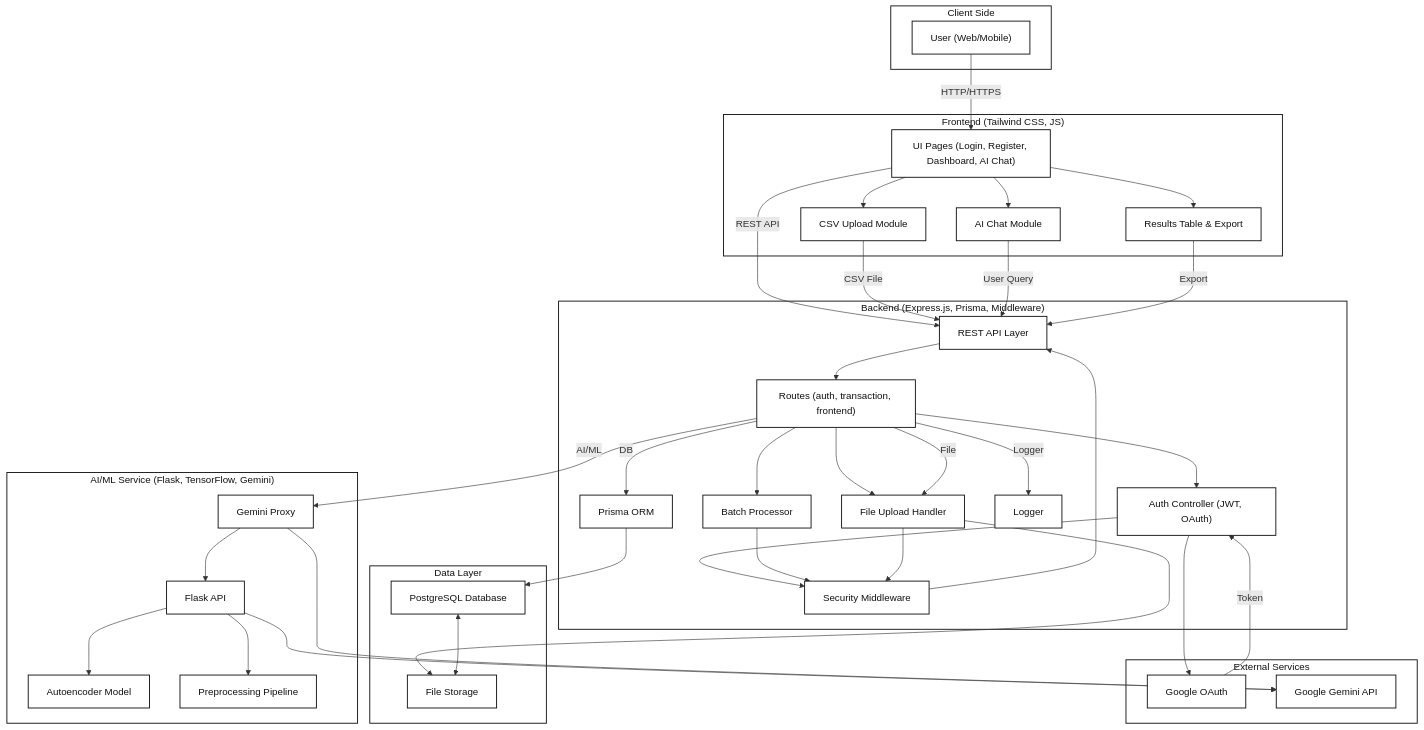
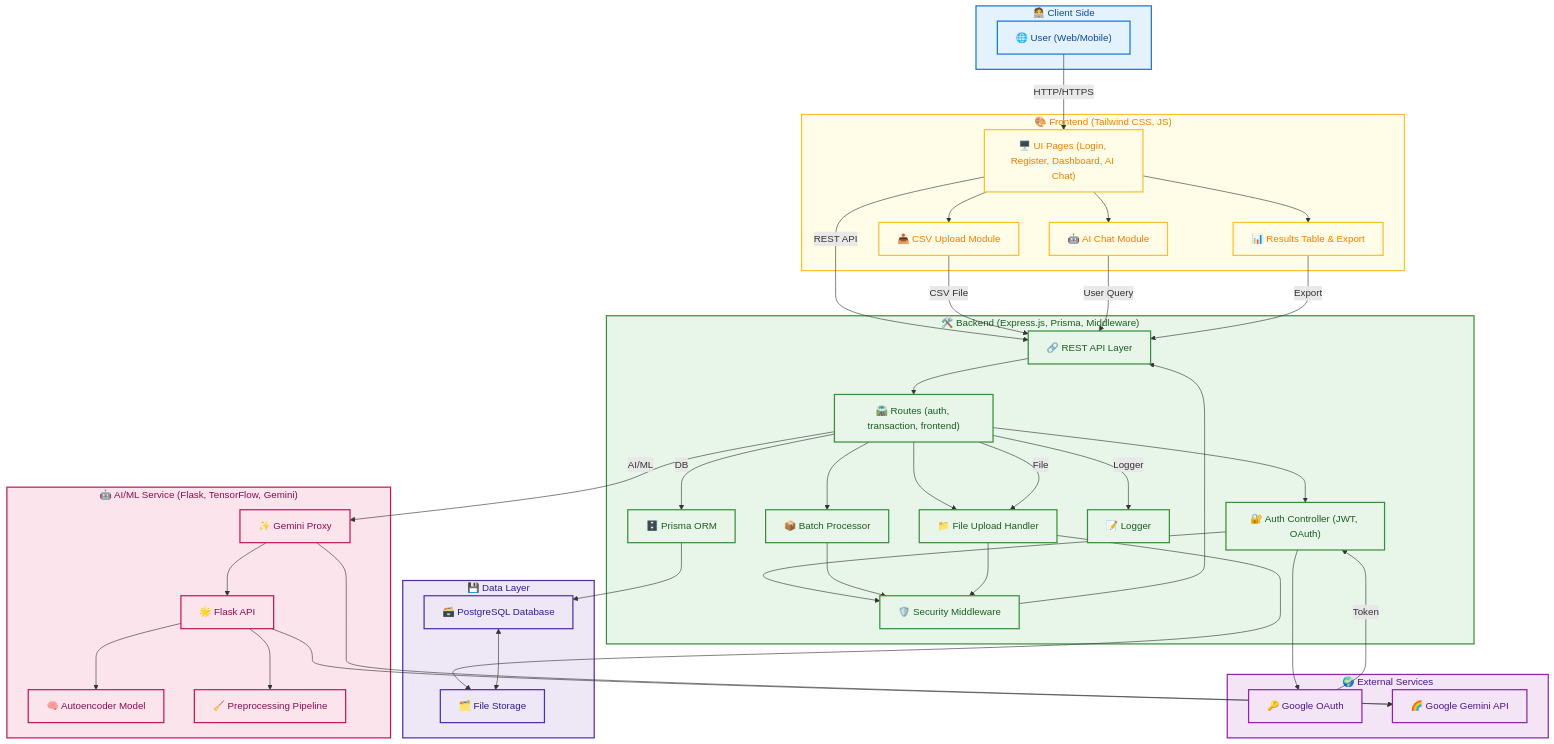
One commit to hasibashari/fraud-detector changed the diagram in README.md. Above: the diagram before and after it, drawn with Mermaid.

Commit message:
refactor: enhance system architecture diagram with colorful emojis for improved clarity and engagement

````diff
--- a/README.md
+++ b/README.md
@@ -111,37 +111,38 @@
 ```mermaid
+%% 🎨 Colorful, Emoji-enhanced System Architecture Diagram
 flowchart TB
-    subgraph CLIENT_SIDE["Client Side"]
-        CLIENT["User (Web/Mobile)"]
+    subgraph CLIENT_SIDE["🧑‍💻 Client Side"]
+        CLIENT["🌐 User (Web/Mobile)"]
     end
-    subgraph PRESENTATION["Frontend (Tailwind CSS, JS)"]
-        UI["UI Pages (Login, Register, Dashboard, AI Chat)"]
-        UPLOAD["CSV Upload Module"]
-        CHAT["AI Chat Module"]
-        RESULT["Results Table & Export"]
+    subgraph PRESENTATION["🎨 Frontend (Tailwind CSS, JS)"]
+        UI["🖥️ UI Pages (Login, Register, Dashboard, AI Chat)"]
+        UPLOAD["📤 CSV Upload Module"]
+        CHAT["🤖 AI Chat Module"]
+        RESULT["📊 Results Table & Export"]
     end
-    subgraph BACKEND["Backend (Express.js, Prisma, Middleware)"]
-        API["REST API Layer"]
-        AUTH["Auth Controller (JWT, OAuth)"]
-        ROUTES["Routes (auth, transaction, frontend)"]
-        MIDDLEWARE["Security Middleware"]
-        BATCH["Batch Processor"]
-        FILES["File Upload Handler"]
-        LOGGER["Logger"]
-        ORM["Prisma ORM"]
+    subgraph BACKEND["🛠️ Backend (Express.js, Prisma, Middleware)"]
+        API["🔗 REST API Layer"]
+        AUTH["🔐 Auth Controller (JWT, OAuth)"]
+        ROUTES["🛣️ Routes (auth, transaction, frontend)"]
+        MIDDLEWARE["🛡️ Security Middleware"]
+        BATCH["📦 Batch Processor"]
+        FILES["📁 File Upload Handler"]
+        LOGGER["📝 Logger"]
+        ORM["🗄️ Prisma ORM"]
     end
-    subgraph AI_ML["AI/ML Service (Flask, TensorFlow, Gemini)"]
-        FLASK["Flask API"]
-        MODEL["Autoencoder Model"]
-        PREPROC["Preprocessing Pipeline"]
-        GEMINI_PROXY["Gemini Proxy"]
+    subgraph AI_ML["🤖 AI/ML Service (Flask, TensorFlow, Gemini)"]
+        FLASK["🌟 Flask API"]
+        MODEL["🧠 Autoencoder Model"]
+        PREPROC["🧹 Preprocessing Pipeline"]
+        GEMINI_PROXY["✨ Gemini Proxy"]
     end
-    subgraph DATA["Data Layer"]
-        DB["PostgreSQL Database"]
-        STORAGE["File Storage"]
+    subgraph DATA["💾 Data Layer"]
+        DB["🗃️ PostgreSQL Database"]
+        STORAGE["🗂️ File Storage"]
     end
-    subgraph EXTERNAL["External Services"]
-        OAUTH["Google OAuth"]
-        GEMINI["Google Gemini API"]
+    subgraph EXTERNAL["🌍 External Services"]
+        OAUTH["🔑 Google OAuth"]
+        GEMINI["🌈 Google Gemini API"]
     end
 
     CLIENT -->|HTTP/HTTPS| UI
@@ -179,8 +180,17 @@
 
     DB <--> STORAGE
 
-    %% Styling: Black & White only
-    classDef bw fill:#fff,color:#111,stroke:#111,stroke-width:1.5px;
-    class CLIENT,UI,UPLOAD,CHAT,RESULT,API,AUTH,ROUTES,MIDDLEWARE,BATCH,FILES,LOGGER,ORM,FLASK,MODEL,PREPROC,GEMINI_PROXY,DB,STORAGE,OAUTH,GEMINI bw;
-    class CLIENT_SIDE,PRESENTATION,BACKEND,AI_ML,DATA,EXTERNAL bw;
+    %% Styling: Colorful for better clarity
+    classDef client fill:#e3f2fd,stroke:#1976d2,stroke-width:2px,color:#0d47a1;
+    classDef frontend fill:#fffde7,stroke:#fbc02d,stroke-width:2px,color:#f57c00;
+    classDef backend fill:#e8f5e9,stroke:#388e3c,stroke-width:2px,color:#1b5e20;
+    classDef ai fill:#fce4ec,stroke:#c2185b,stroke-width:2px,color:#880e4f;
+    classDef data fill:#ede7f6,stroke:#512da8,stroke-width:2px,color:#311b92;
+    classDef external fill:#f3e5f5,stroke:#8e24aa,stroke-width:2px,color:#4a148c;
+    class CLIENT,CLIENT_SIDE client;
+    class UI,UPLOAD,CHAT,RESULT,PRESENTATION frontend;
+    class API,AUTH,ROUTES,MIDDLEWARE,BATCH,FILES,LOGGER,ORM,BACKEND backend;
+    class FLASK,MODEL,PREPROC,GEMINI_PROXY,AI_ML ai;
+    class DB,STORAGE,DATA data;
+    class OAUTH,GEMINI,EXTERNAL external;
 ```
````
